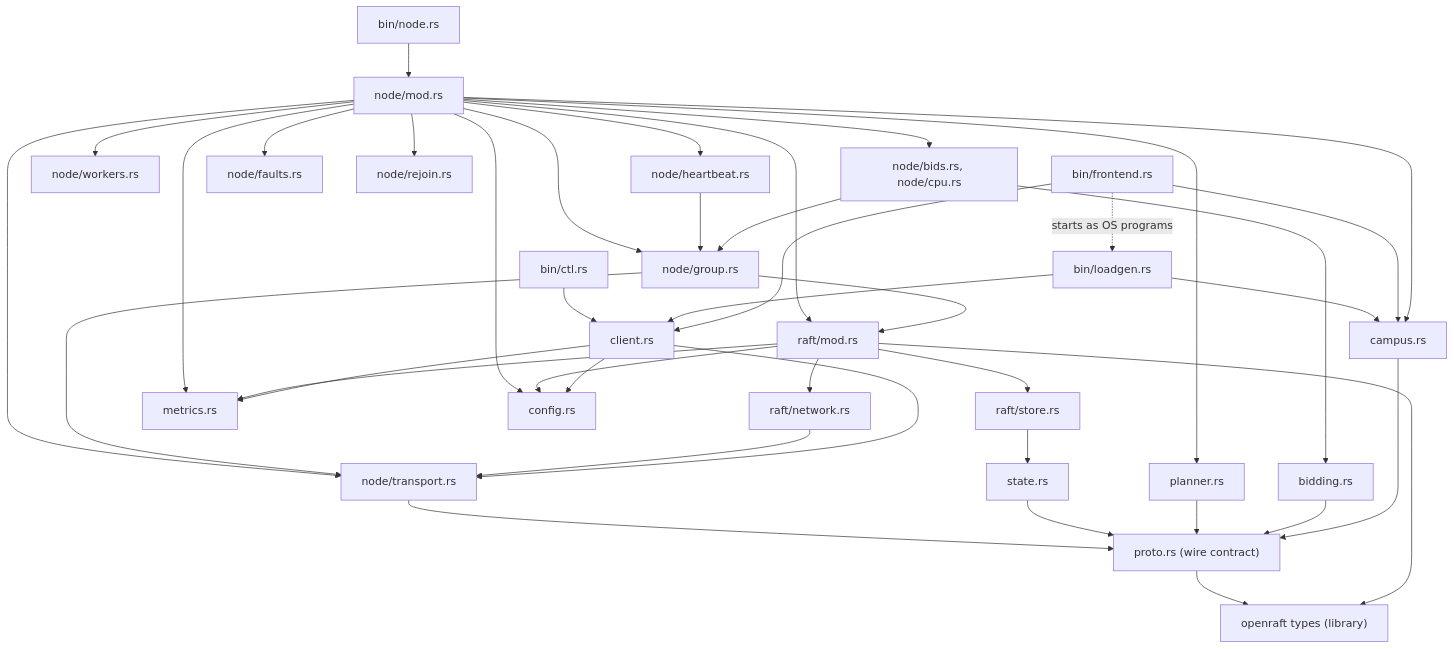
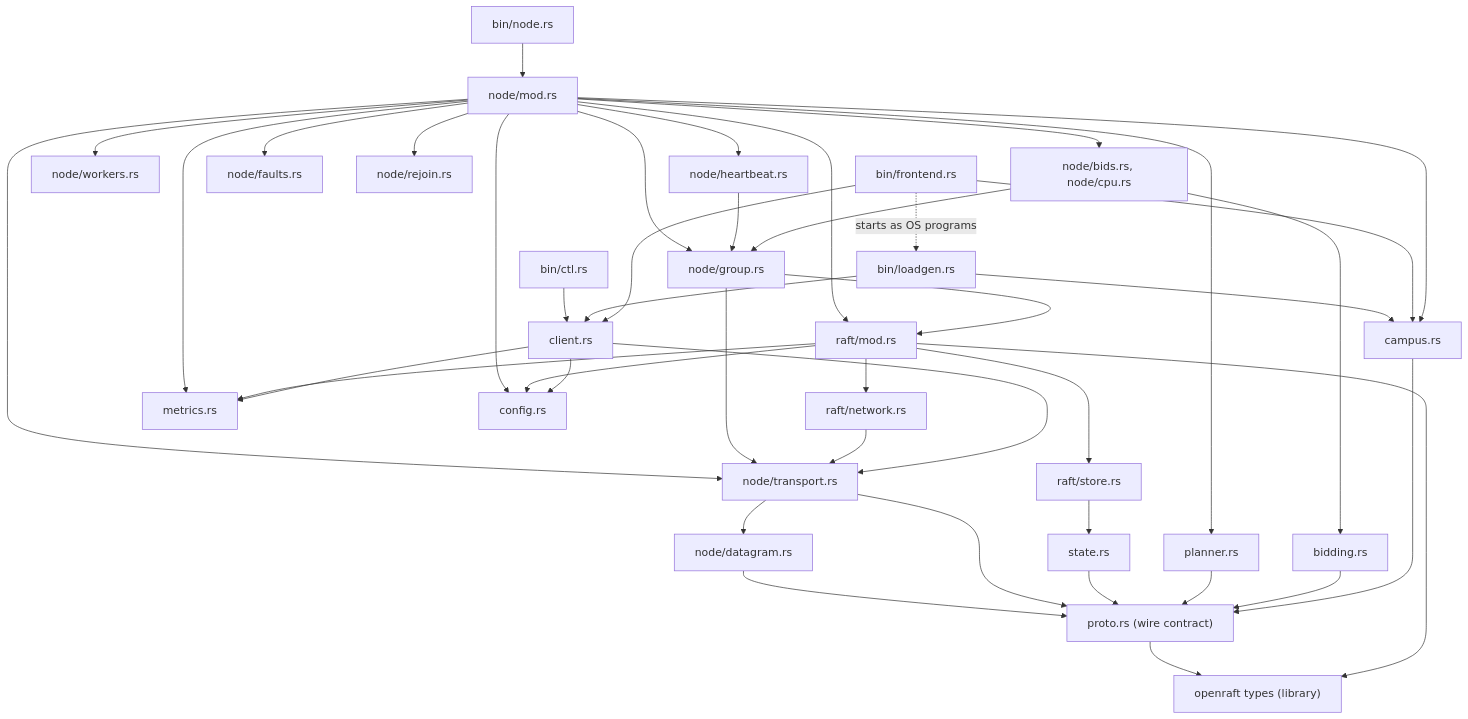
The fifth of 47 diagrams in docs/architecture.md (noortaytoy1/DistributedSystems), drawn with Mermaid before and after one commit. The commit also changed other lines of this file and 8 other files, not shown here.

````diff
--- a/docs/architecture.md
+++ b/docs/architecture.md
@@ -269,43 +322,45 @@
 ```mermaid
 flowchart TD
     BNODE["bin/node.rs"] --> NODE["node/mod.rs"]
     BCTL["bin/ctl.rs"] --> CLIENT["client.rs"]
     BLOAD["bin/loadgen.rs"] --> CLIENT
     BLOAD --> CAMPUS["campus.rs"]
     BFRONT["bin/frontend.rs"] --> CLIENT
     BFRONT --> CAMPUS
     BFRONT -. "starts as OS programs" .-> BLOAD
     NODE --> RAFT["raft/mod.rs"]
     NODE --> TRANSPORT["node/transport.rs"]
     NODE --> WORKERS["node/workers.rs"]
     NODE --> HEART["node/heartbeat.rs"]
     NODE --> FAULTS["node/faults.rs"]
     NODE --> REJOIN["node/rejoin.rs"]
     NODE --> GROUP["node/group.rs"]
     HEART --> GROUP
     GROUP --> TRANSPORT
     GROUP --> RAFT
     NODE --> PLANNER["planner.rs"]
     NODE --> CAMPUS
     NODE --> BIDS["node/bids.rs, node/cpu.rs"]
     BIDS --> BIDDING["bidding.rs"]
     BIDS --> GROUP
     RAFT --> NETWORK["raft/network.rs"]
     RAFT --> STORE["raft/store.rs"]
     NETWORK --> TRANSPORT
     STORE --> STATE["state.rs"]
     CLIENT --> TRANSPORT
+    TRANSPORT --> DATAGRAM["node/datagram.rs"]
+    DATAGRAM --> PROTO
     TRANSPORT --> PROTO["proto.rs (wire contract)"]
     STATE --> PROTO
     PLANNER --> PROTO
     BIDDING --> PROTO
     CAMPUS --> PROTO
     NODE --> METRICS["metrics.rs"]
     RAFT --> METRICS
     CLIENT --> METRICS
     NODE --> CONFIG["config.rs"]
     RAFT --> CONFIG
     CLIENT --> CONFIG
     PROTO --> OR["openraft types (library)"]
     RAFT --> OR
 ```
````
